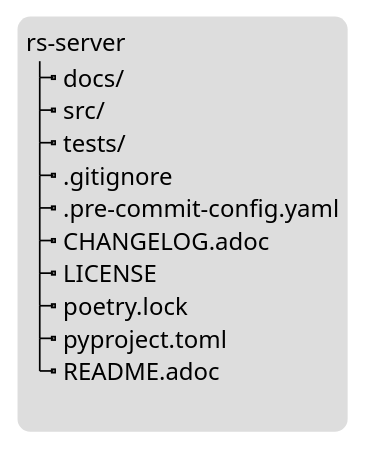
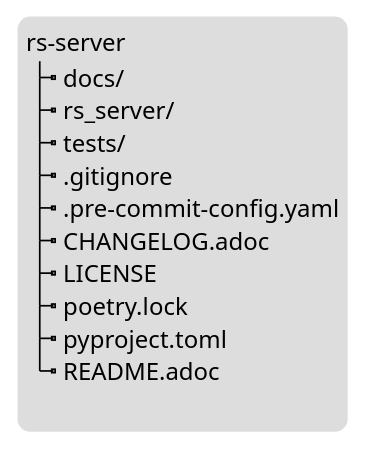
One commit to RS-PYTHON/rs-server changed the diagram in docs/dev/background/tree-structure.adoc. Above: the diagram before and after it, drawn with PlantUML. The commit also changed other lines of this file and 4 other files, not shown here.

Commit message:
refactor: rename src/ into rs_server/

```diff
--- a/docs/dev/background/tree-structure.adoc
+++ b/docs/dev/background/tree-structure.adoc
@@ -5,22 +5,22 @@
 [plantuml, format=svg, opts="inline"]
 ----
 skinparam Legend {
 	BorderColor transparent
 }
 
 legend
 rs-server
 |_ docs/
-|_ src/
+|_ rs_server/
 |_ tests/
 |_ .gitignore
 |_ .pre-commit-config.yaml
 |_ CHANGELOG.adoc
 |_ LICENSE
 |_ poetry.lock
 |_ pyproject.toml
 |_ README.adoc
 
 end legend
 
 ----
```
